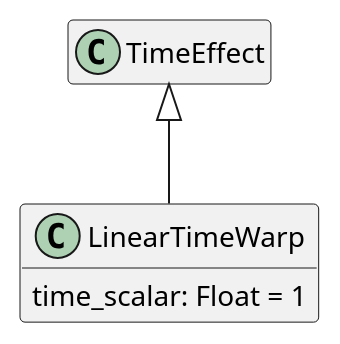
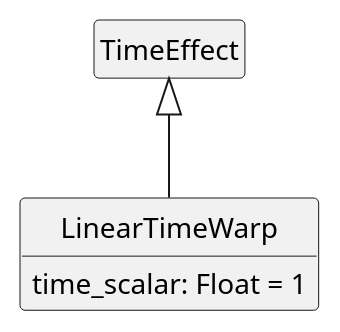
Diagram 14 of 34 in src/main/md/otio-core.md (sandflow/otio-core-specification), drawn with PlantUML before and after one commit. The commit also changed other lines of this file, not shown here.

Commit message:
Improve class diagrams and document conventions (#13)

````diff
--- a/src/main/md/otio-core.md
+++ b/src/main/md/otio-core.md
@@ -709,16 +777,15 @@
 ```puml
 @startuml
 hide empty members
+hide circle
 skinparam classAttributeIconSize 0
 skinparam linetype ortho
-
-class TimeEffect
 
 TimeEffect <|-- LinearTimeWarp
 
 class LinearTimeWarp {
   time_scalar: Float = 1
 }
 
 @enduml
 ```
````
